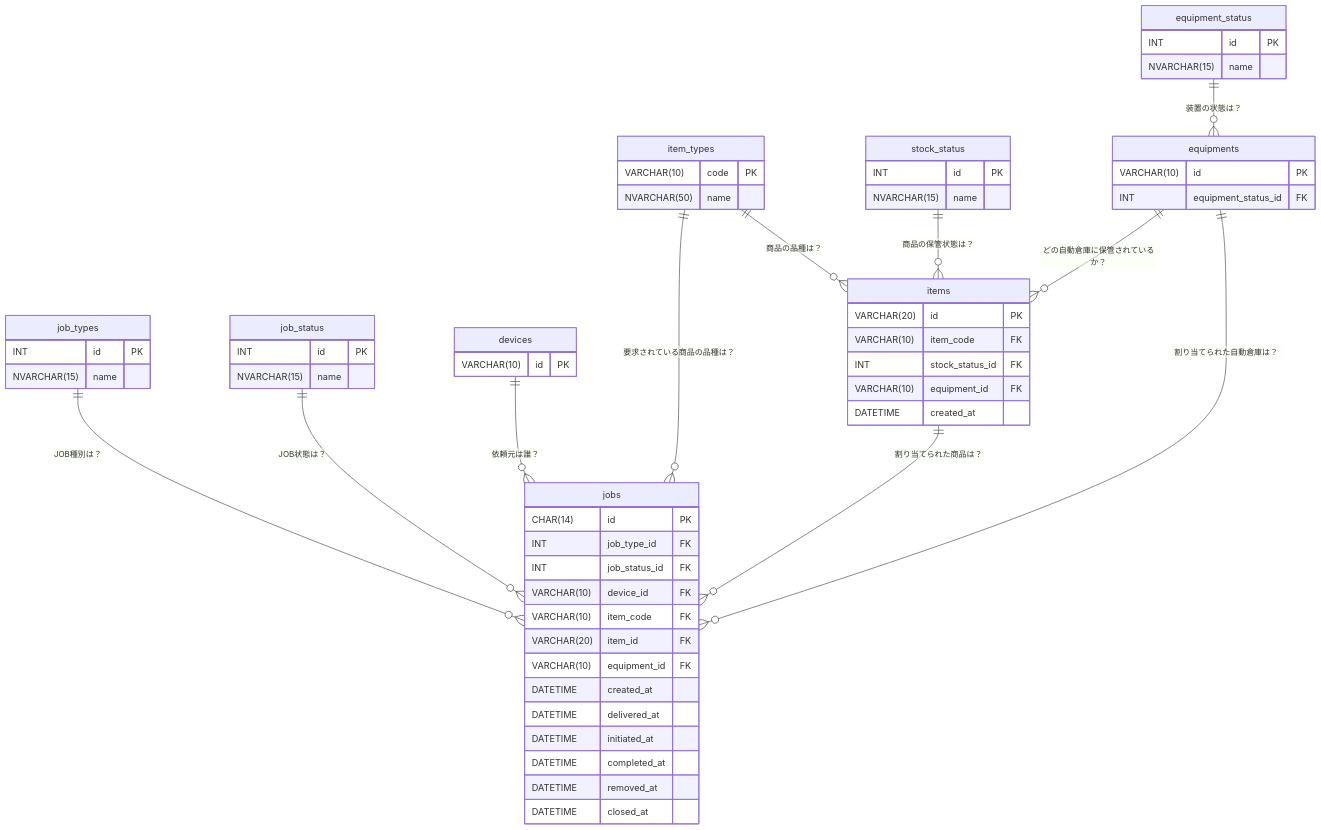
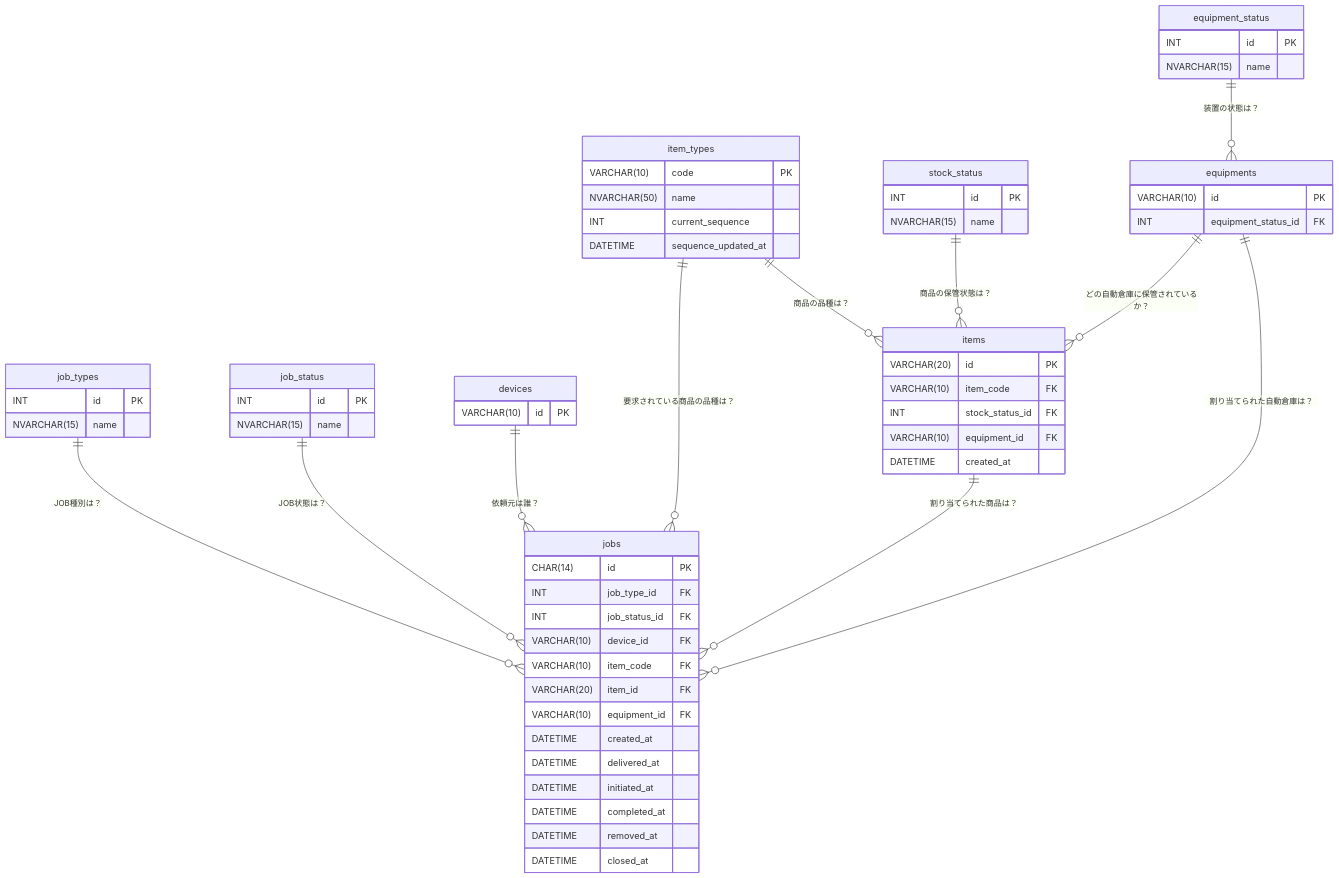
The diagram in docs/server/db_design.md (YE0250OCHI/FinalAssignment_TeamA), drawn with Mermaid before and after one commit. The commit also changed other lines of this file, not shown here.

````diff
--- a/docs/server/db_design.md
+++ b/docs/server/db_design.md
@@ -184,73 +192,75 @@
 ``` mermaid
 erDiagram
     jobs {
         CHAR(14) id PK
         INT job_type_id FK
         INT job_status_id FK
         VARCHAR(10) device_id FK
         VARCHAR(10) item_code FK
         VARCHAR(20) item_id FK
         VARCHAR(10) equipment_id FK
         DATETIME created_at
         DATETIME delivered_at
         DATETIME initiated_at
         DATETIME completed_at
         DATETIME removed_at
         DATETIME closed_at
     }
 
     items {
         VARCHAR(20) id PK
         VARCHAR(10) item_code FK
         INT stock_status_id FK
         VARCHAR(10) equipment_id FK
         DATETIME created_at
     }
 
     equipments {
         VARCHAR(10) id PK
         INT equipment_status_id FK
     }
 
     devices {
         VARCHAR(10) id PK
     }
 
     item_types {
         VARCHAR(10) code PK
         NVARCHAR(50) name
+        INT current_sequence
+        DATETIME sequence_updated_at
     }
 
     job_status {
         INT id PK
         NVARCHAR(15) name
     }
 
     job_types {
         INT id PK
         NVARCHAR(15) name
     }
 
     equipment_status {
         INT id PK
         NVARCHAR(15) name
     }
 
     stock_status {
         INT id PK
         NVARCHAR(15) name
     }
 
     job_types ||--o{ jobs : "JOB種別は？"
     job_status ||--o{ jobs : "JOB状態は？"
     devices ||--o{ jobs : "依頼元は誰？"
     item_types ||--o{ jobs : "要求されている商品の品種は？"
     items ||--o{ jobs : "割り当てられた商品は？"
     equipments ||--o{ jobs : "割り当てられた自動倉庫は？"
 
     item_types ||--o{ items : "商品の品種は？"
     stock_status ||--o{ items : "商品の保管状態は？"
     equipments ||--o{ items : "どの自動倉庫に保管されているか？"
 
     equipment_status ||--o{ equipments : "装置の状態は？"
 ```
````
